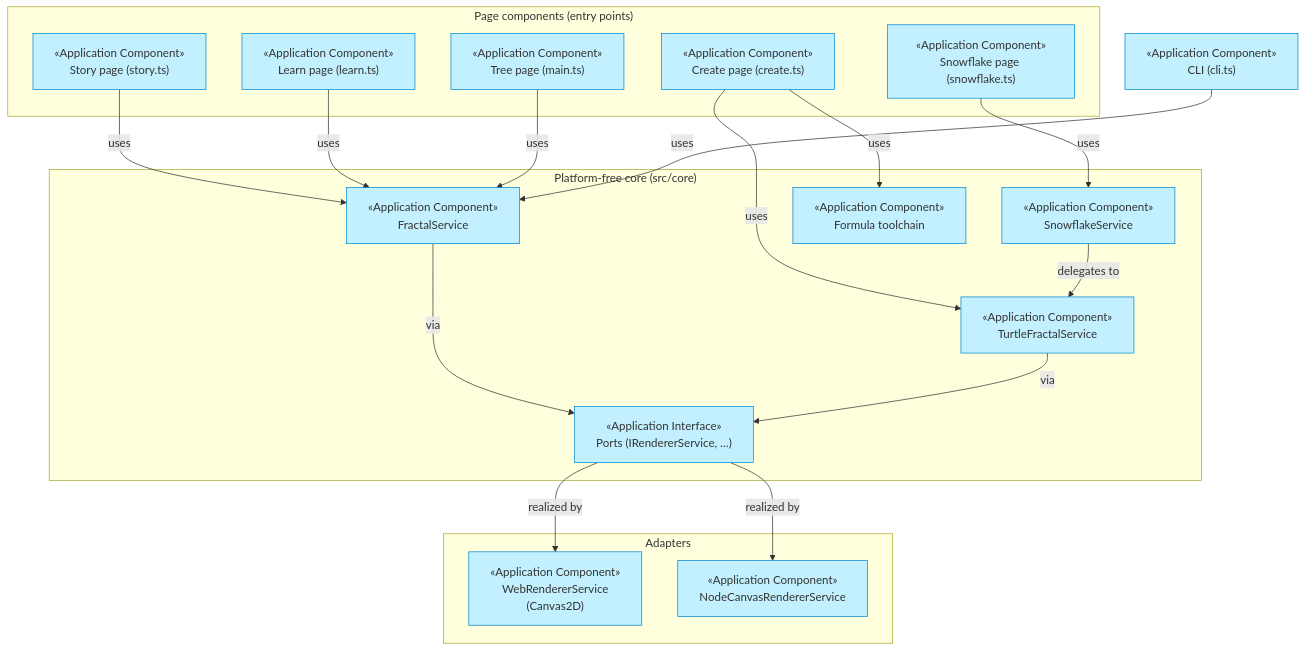
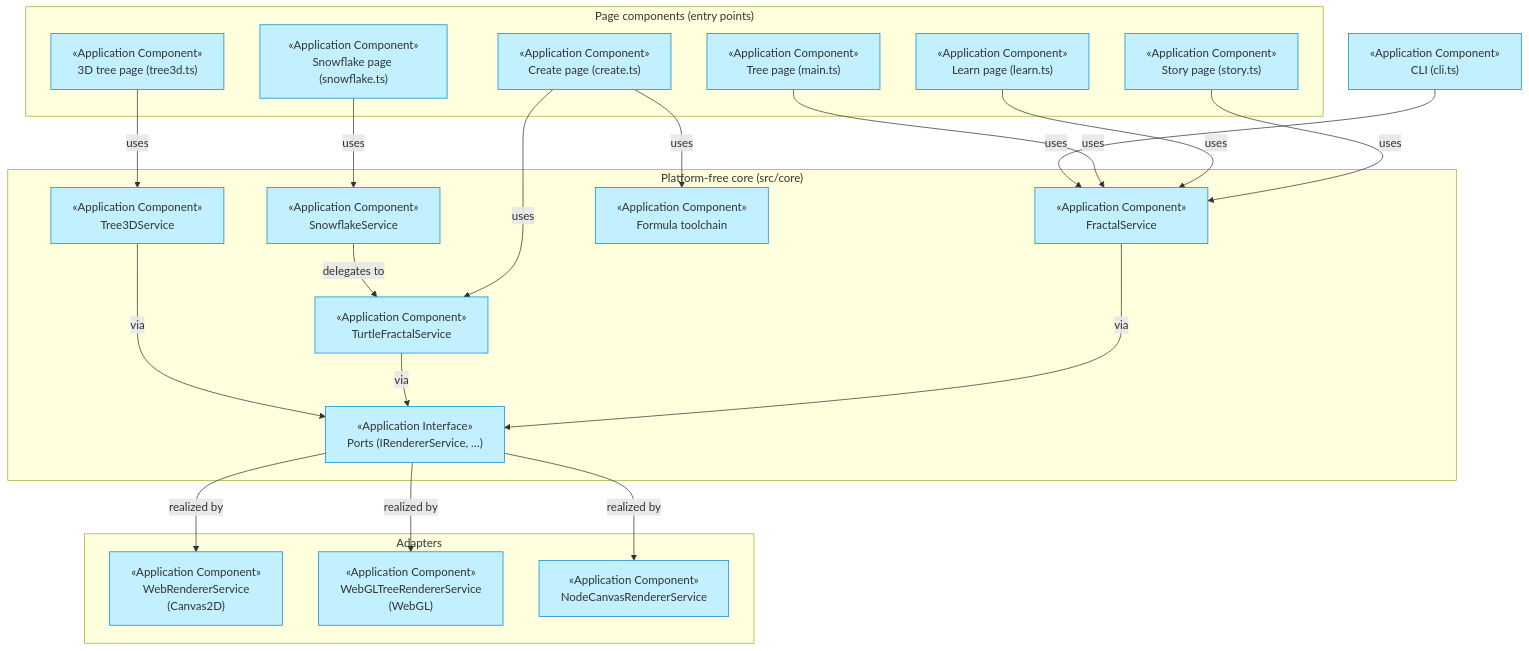
One commit to roanboc/fractal-tree-generator changed the diagram in docs/ea/4_application/README.md. Above: the diagram before and after it, drawn with Mermaid. The commit also changed 42 other files, not shown here.

````diff
--- a/docs/ea/4_application/README.md
+++ b/docs/ea/4_application/README.md
@@ -26,40 +26,46 @@
 ```mermaid
 flowchart TB
   subgraph PAGES["Page components (entry points)"]
     story["«Application Component»<br>Story page (story.ts)"]:::application
     learn["«Application Component»<br>Learn page (learn.ts)"]:::application
     genp["«Application Component»<br>Tree page (main.ts)"]:::application
     snowp["«Application Component»<br>Snowflake page (snowflake.ts)"]:::application
     createp["«Application Component»<br>Create page (create.ts)"]:::application
+    t3dp["«Application Component»<br>3D tree page (tree3d.ts)"]:::application
   end
 
   subgraph CORE["Platform-free core (src/core)"]
     fs["«Application Component»<br>FractalService"]:::application
     ts["«Application Component»<br>TurtleFractalService"]:::application
     sf["«Application Component»<br>SnowflakeService"]:::application
+    t3d["«Application Component»<br>Tree3DService"]:::application
     formula["«Application Component»<br>Formula toolchain"]:::application
     ports["«Application Interface»<br>Ports (IRendererService, …)"]:::application
   end
 
   subgraph ADAPT["Adapters"]
     webr["«Application Component»<br>WebRendererService<br>(Canvas2D)"]:::application
+    webglr["«Application Component»<br>WebGLTreeRendererService<br>(WebGL)"]:::application
     noder["«Application Component»<br>NodeCanvasRendererService"]:::application
   end
 
   cli["«Application Component»<br>CLI (cli.ts)"]:::application
 
   story -->|uses| fs
   learn -->|uses| fs
   genp -->|uses| fs
   snowp -->|uses| sf
   createp -->|uses| ts
   createp -->|uses| formula
+  t3dp -->|uses| t3d
   sf -->|delegates to| ts
   fs -->|via| ports
   ts -->|via| ports
+  t3d -->|via| ports
   ports -->|realized by| webr
+  ports -->|realized by| webglr
   ports -->|realized by| noder
   cli -->|uses| fs
 
   classDef application fill:#c2f0ff,stroke:#0288d1,color:#333
 ```
````
